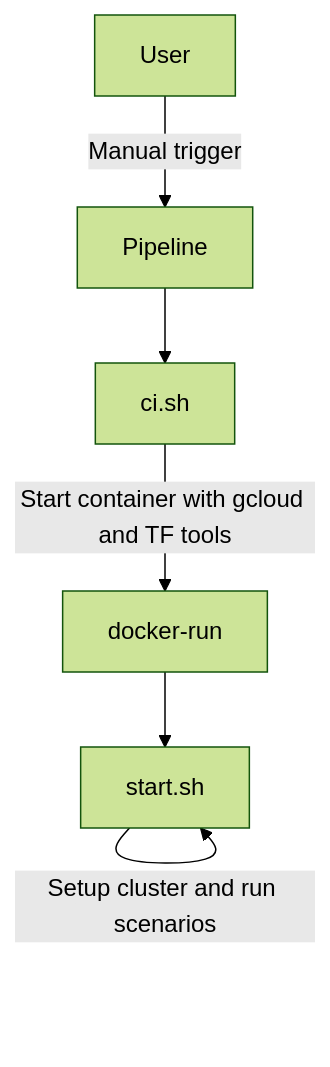
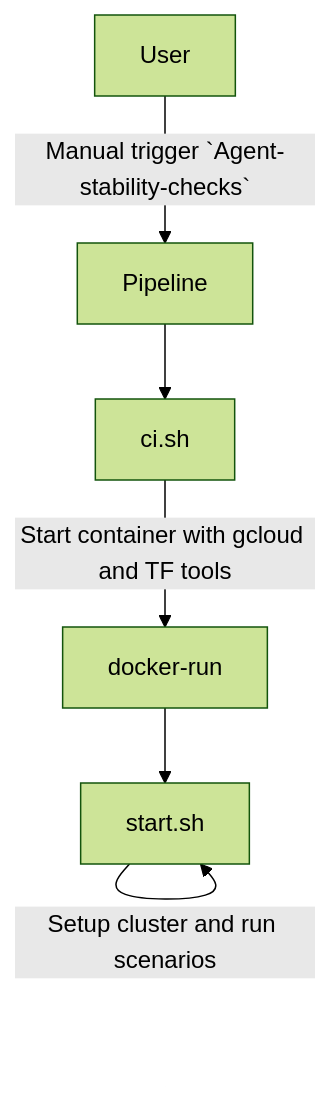
Before and after one commit to komodorio/helm-charts: the diagram in .buildkite/release_checks/README.md, drawn with Mermaid (forest theme). The commit also changed other lines of this file and 1 other file, not shown here.

Commit message:
Update RN change pipeline to heavy agent

````diff
--- a/.buildkite/release_checks/README.md
+++ b/.buildkite/release_checks/README.md
@@ -66,8 +73,8 @@
 ```mermaid
 flowchart TD
-    User-->|Manual trigger|Pipeline;
+    User-->|Manual trigger `Agent-stability-checks`|Pipeline;
     Pipeline-->ci.sh;
     ci.sh-->|Start container with gcloud and TF tools|docker-run;
     docker-run-->start.sh;
     start.sh-->|Setup cluster and run scenarios|start.sh;
 ```
````
